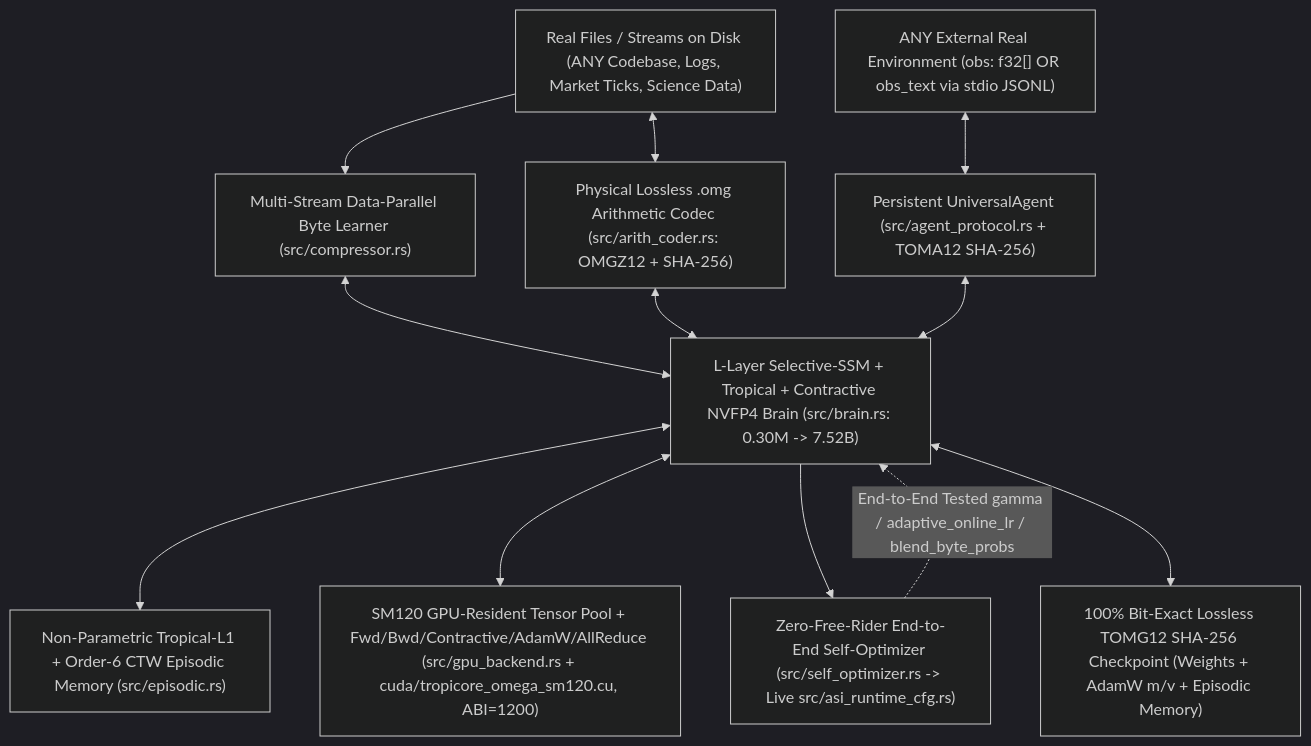
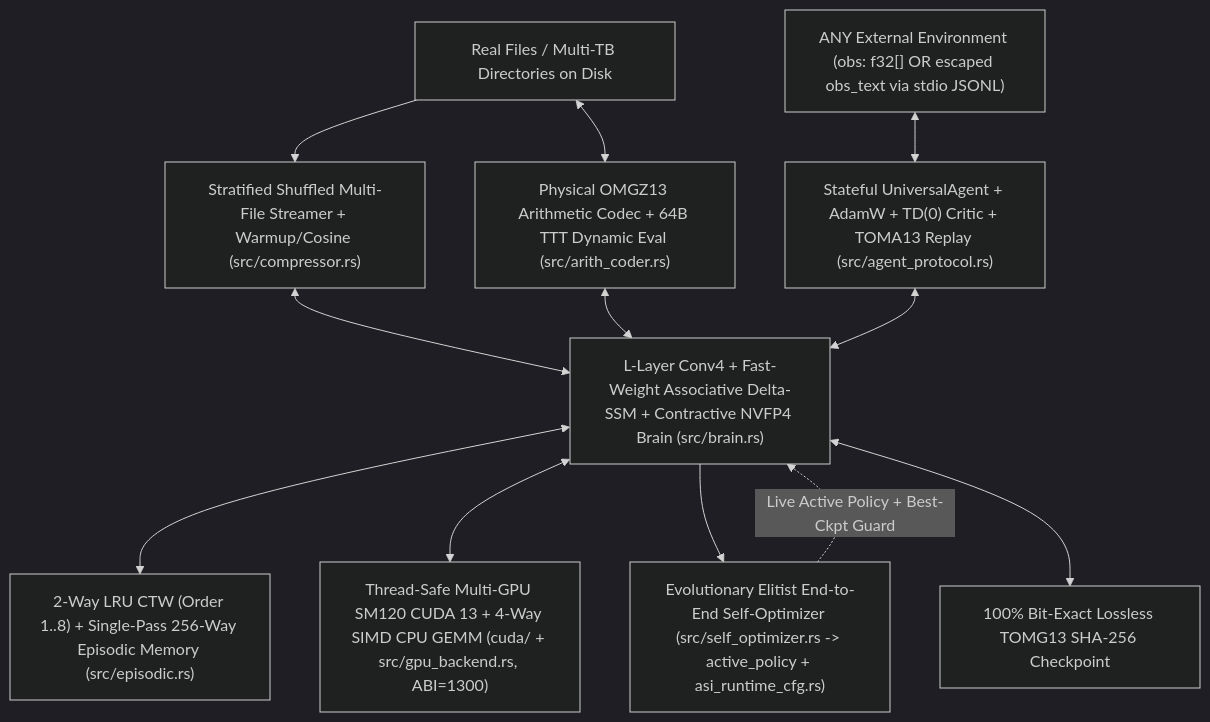
The diagram in 초지능/범용_초지능.md (flwjfxm0004/Defi), drawn with Mermaid (dark theme) before and after one commit. The commit also changed other lines of this file and 16 other files, not shown here.

````diff
--- a/초지능/범용_초지능.md
+++ b/초지능/범용_초지능.md
@@ -29,14 +38,14 @@
 ```mermaid
 flowchart TD
-    REAL["Real Files / Streams on Disk (ANY Codebase, Logs, Market Ticks, Science Data)"] --> COMP["Multi-Stream Data-Parallel Byte Learner (src/compressor.rs)"]
-    REAL <--> CODEC["Physical Lossless .omg Arithmetic Codec (src/arith_coder.rs: OMGZ12 + SHA-256)"]
-    EXT["ANY External Real Environment (obs: f32[] OR obs_text via stdio JSONL)"] <--> AGENT["Persistent UniversalAgent (src/agent_protocol.rs + TOMA12 SHA-256)"]
-    COMP <--> BRAIN["L-Layer Selective-SSM + Tropical + Contractive NVFP4 Brain (src/brain.rs: 0.30M -> 7.52B)"]
+    REAL["Real Files / Multi-TB Directories on Disk"] --> COMP["Stratified Shuffled Multi-File Streamer + Warmup/Cosine (src/compressor.rs)"]
+    REAL <--> CODEC["Physical OMGZ13 Arithmetic Codec + 64B TTT Dynamic Eval (src/arith_coder.rs)"]
+    EXT["ANY External Environment (obs: f32[] OR escaped obs_text via stdio JSONL)"] <--> AGENT["Stateful UniversalAgent + AdamW + TD(0) Critic + TOMA13 Replay (src/agent_protocol.rs)"]
+    COMP <--> BRAIN["L-Layer Conv4 + Fast-Weight Associative Delta-SSM + Contractive NVFP4 Brain (src/brain.rs)"]
     CODEC <--> BRAIN
     AGENT <--> BRAIN
-    BRAIN <--> MEM["Non-Parametric Tropical-L1 + Order-6 CTW Episodic Memory (src/episodic.rs)"]
-    BRAIN <--> GPU["SM120 GPU-Resident Tensor Pool + Fwd/Bwd/Contractive/AdamW/AllReduce (src/gpu_backend.rs + cuda/tropicore_omega_sm120.cu, ABI=1200)"]
-    BRAIN --> OPT["Zero-Free-Rider End-to-End Self-Optimizer (src/self_optimizer.rs -> Live src/asi_runtime_cfg.rs)"]
-    OPT -. "End-to-End Tested gamma / adaptive_online_lr / blend_byte_probs" .-> BRAIN
-    BRAIN <--> CKPT["100% Bit-Exact Lossless TOMG12 SHA-256 Checkpoint (Weights + AdamW m/v + Episodic Memory)"]
+    BRAIN <--> MEM["2-Way LRU CTW (Order 1..8) + Single-Pass 256-Way Episodic Memory (src/episodic.rs)"]
+    BRAIN <--> GPU["Thread-Safe Multi-GPU SM120 CUDA 13 + 4-Way SIMD CPU GEMM (cuda/ + src/gpu_backend.rs, ABI=1300)"]
+    BRAIN --> OPT["Evolutionary Elitist End-to-End Self-Optimizer (src/self_optimizer.rs -> active_policy + asi_runtime_cfg.rs)"]
+    OPT -. "Live Active Policy + Best-Ckpt Guard" .-> BRAIN
+    BRAIN <--> CKPT["100% Bit-Exact Lossless TOMG13 SHA-256 Checkpoint"]
 ```
````
